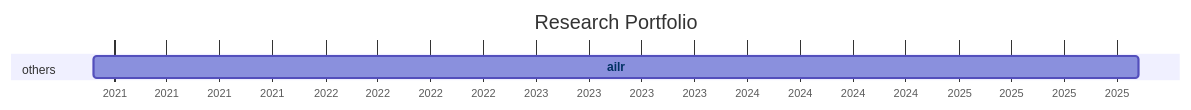
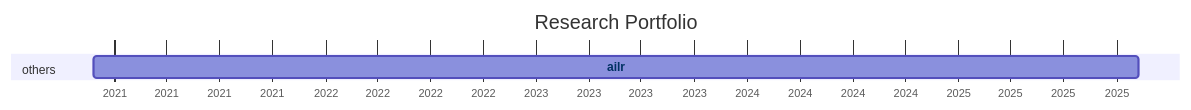
Before and after one commit to digital-work-lab/handbook: the diagram in docs/20-research/25-projects-gantt.md, drawn with Mermaid.

Commit message:
Update repository overview

````diff
--- a/docs/20-research/25-projects-gantt.md
+++ b/docs/20-research/25-projects-gantt.md
@@ -8,21 +8,21 @@
 ```mermaid
 ---
 displayMode: compact
 ---
 gantt
 title Research Portfolio
 dateFormat YYYY-MM-DD
 axisFormat %Y
 
     section work_practices
 
     section distributed_organizing
 
     section knowledge_synthesis
 
     section others
-        ailr :ailr, 2020-11-26, 2025-11-08
+        ailr :ailr, 2020-11-26, 2025-11-09
 
 
     click ailr href "{{ site.baseurl }}/docs/10-lab/18-resources/ailr.html"
 ```
````
